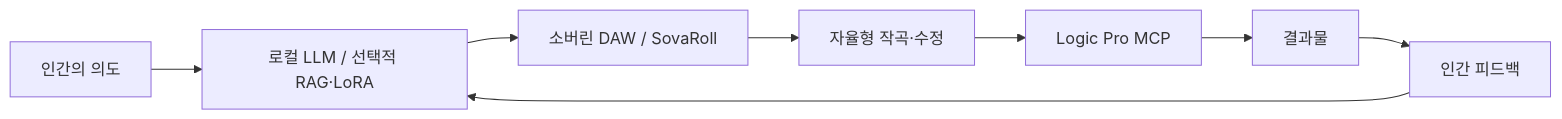
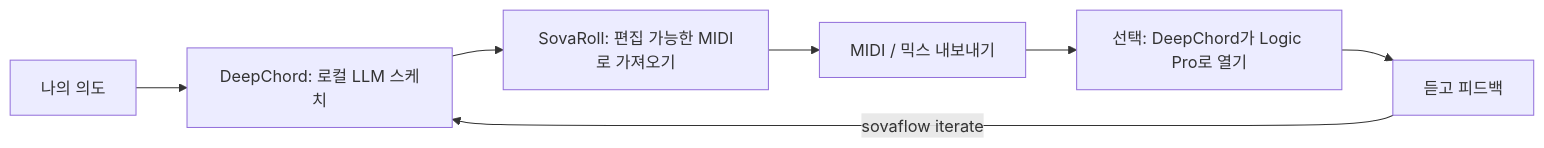
The diagram in README.ko.md (Sovereign-Music-Lab/SovaFlow), drawn with Mermaid before and after one commit. The commit also changed other lines of this file and 37 other files, not shown here.

````diff
--- a/README.ko.md
+++ b/README.ko.md
@@ -30,10 +33,9 @@
 ```mermaid
 flowchart LR
-    H[인간의 의도] --> L[로컬 LLM / 선택적 RAG·LoRA]
-    L --> D[소버린 DAW / SovaRoll]
-    D --> A[자율형 작곡·수정]
-    A --> M[Logic Pro MCP]
-    M --> R[결과물]
-    R --> F[인간 피드백]
-    F --> L
+    H[나의 의도] --> D[DeepChord: 로컬 LLM 스케치]
+    D --> S[SovaRoll: 편집 가능한 MIDI로 가져오기]
+    S --> E[MIDI / 믹스 내보내기]
+    E --> L[선택: DeepChord가 Logic Pro로 열기]
+    L --> F[듣고 피드백]
+    F -->|sovaflow iterate| D
 ```
````
